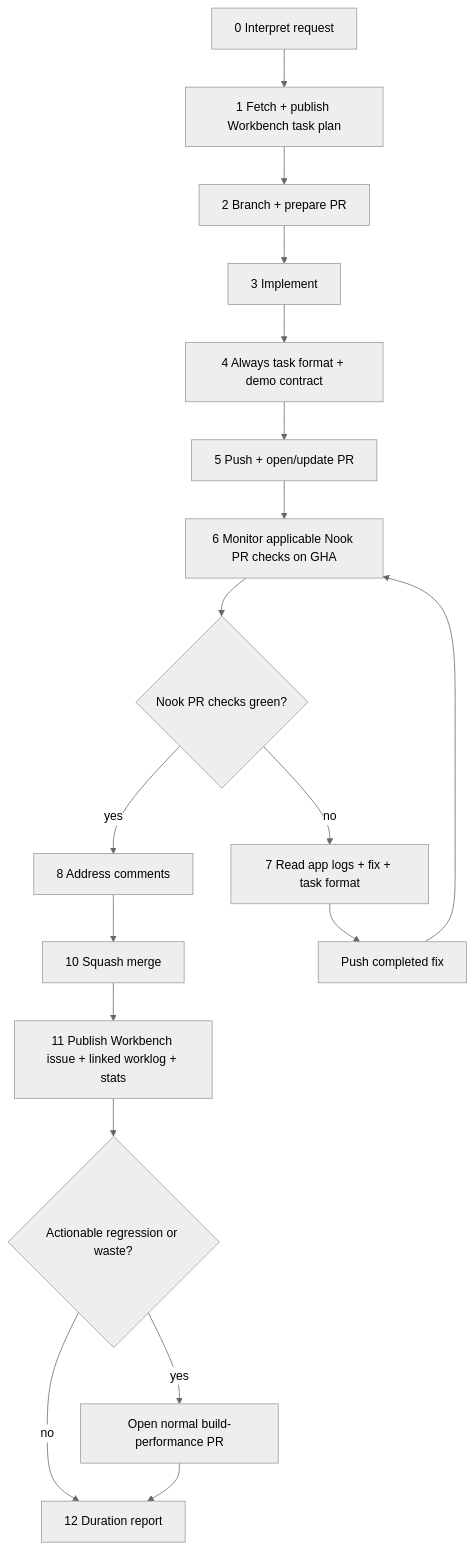
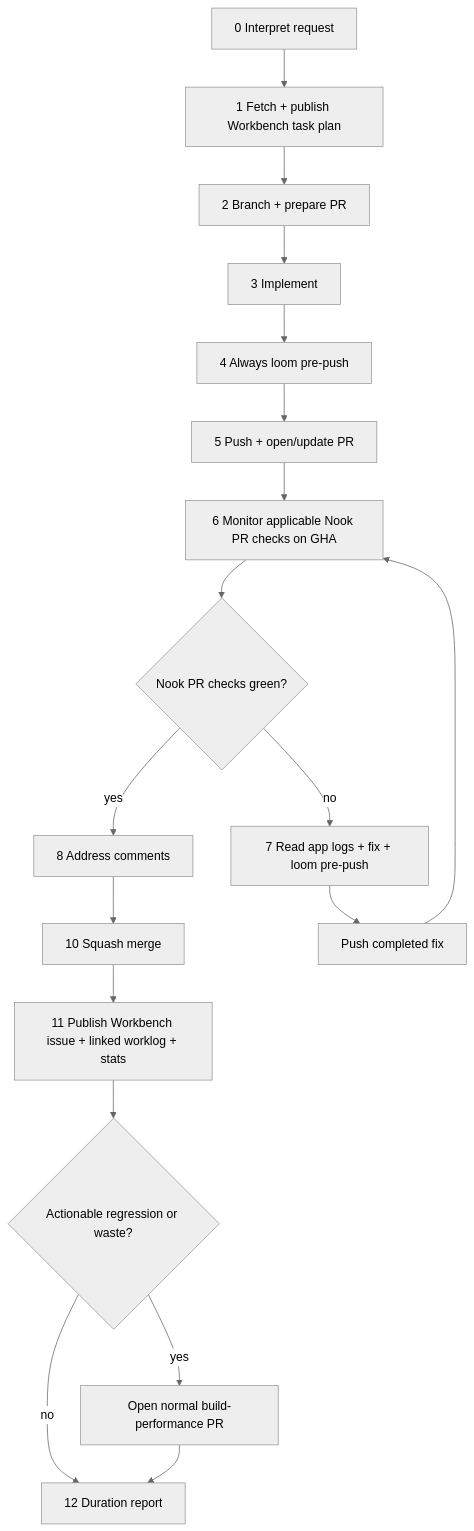
One commit to meta-secret/nook changed the diagram in .cortex/workflows/coding-bro.md. Above: the diagram before and after it, drawn with Mermaid (neutral theme). The commit also changed other lines of this file and 41 other files, not shown here.

````diff
--- a/.cortex/workflows/coding-bro.md
+++ b/.cortex/workflows/coding-bro.md
@@ -169,20 +173,20 @@
 ```mermaid
 flowchart TD
   P[0 Interpret request] --> F[1 Fetch + publish Workbench task plan]
   F --> B[2 Branch + prepare PR]
   B --> I[3 Implement]
-  I --> H[4 Always task format + demo contract]
+  I --> H[4 Always loom pre-push]
   H --> PU[5 Push + open/update PR]
   PU --> PR[6 Monitor applicable Nook PR checks on GHA]
   PR --> G{Nook PR checks green?}
   G -->|yes| C[8 Address comments]
   C --> M[10 Squash merge]
-  G -->|no| FIX[7 Read app logs + fix + task format]
+  G -->|no| FIX[7 Read app logs + fix + loom pre-push]
   FIX --> PUSH[Push completed fix]
   PUSH --> PR
   M --> S[11 Publish Workbench issue + linked worklog + stats]
   S --> W{Actionable regression or waste?}
   W -->|yes| BP[Open normal build-performance PR]
   W -->|no| D[12 Duration report]
   BP --> D
 ```
````
